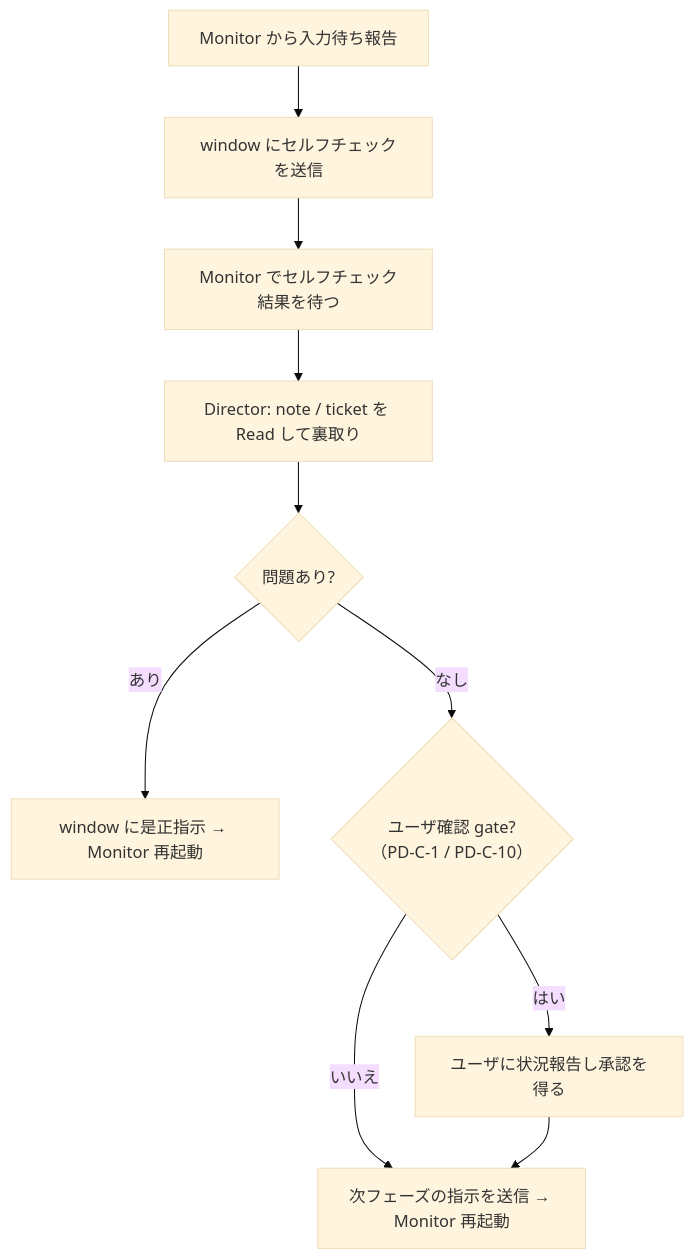
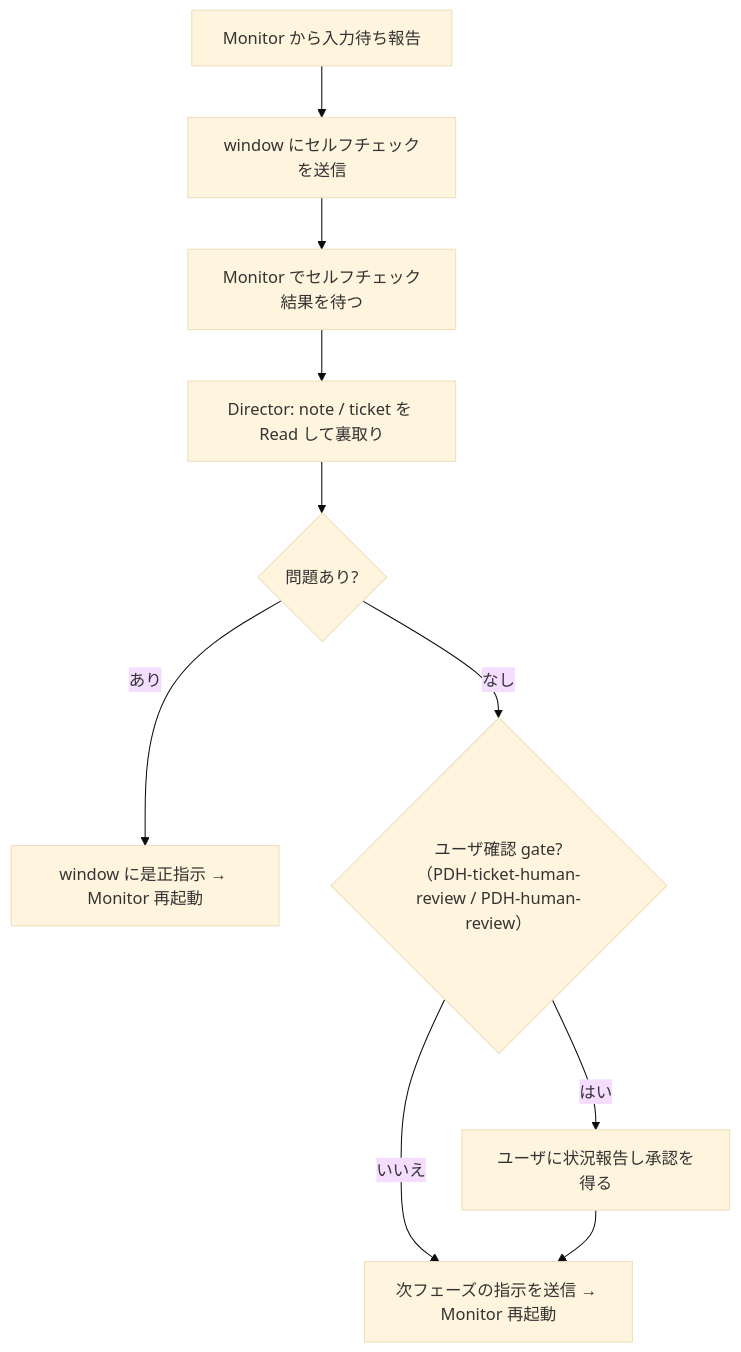
One commit to masuidrive/pdh changed the third of 3 diagrams in skills/tmux-director/SKILL.md. Above: the diagram before and after it, drawn with Mermaid (base theme). The commit also changed other lines of this file and 17 other files, not shown here.

Commit message:
Update PDH stage flow and review tooling

````diff
--- a/skills/tmux-director/SKILL.md
+++ b/skills/tmux-director/SKILL.md
@@ -398,12 +398,12 @@
 ```mermaid
 flowchart TD
     R1["Monitor から入力待ち報告"] --> R2["window にセルフチェックを送信"]
     R2 --> R3["Monitor でセルフチェック結果を待つ"]
     R3 --> R4["Director: note / ticket を Read して裏取り"]
     R4 --> R5{"問題あり?"}
     R5 -- "あり" --> R6["window に是正指示 → Monitor 再起動"]
-    R5 -- "なし" --> R7{"ユーザ確認 gate?<br/>（PD-C-1 / PD-C-10）"}
+    R5 -- "なし" --> R7{"ユーザ確認 gate?<br/>（PDH-ticket-human-review / PDH-human-review）"}
     R7 -- "いいえ" --> R8["次フェーズの指示を送信 → Monitor 再起動"]
     R7 -- "はい" --> R9["ユーザに状況報告し承認を得る"]
     R9 --> R8
 ```
````
